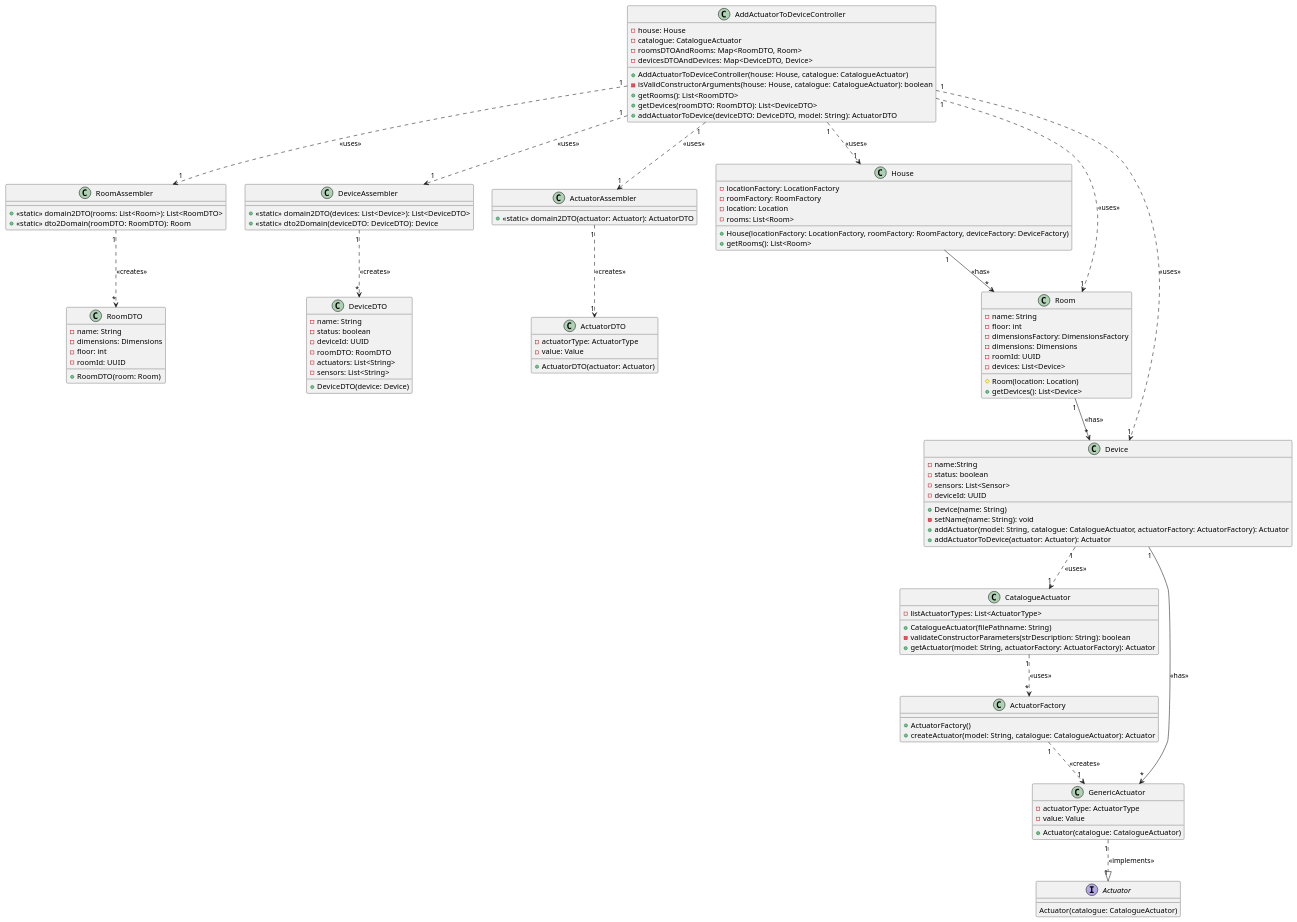
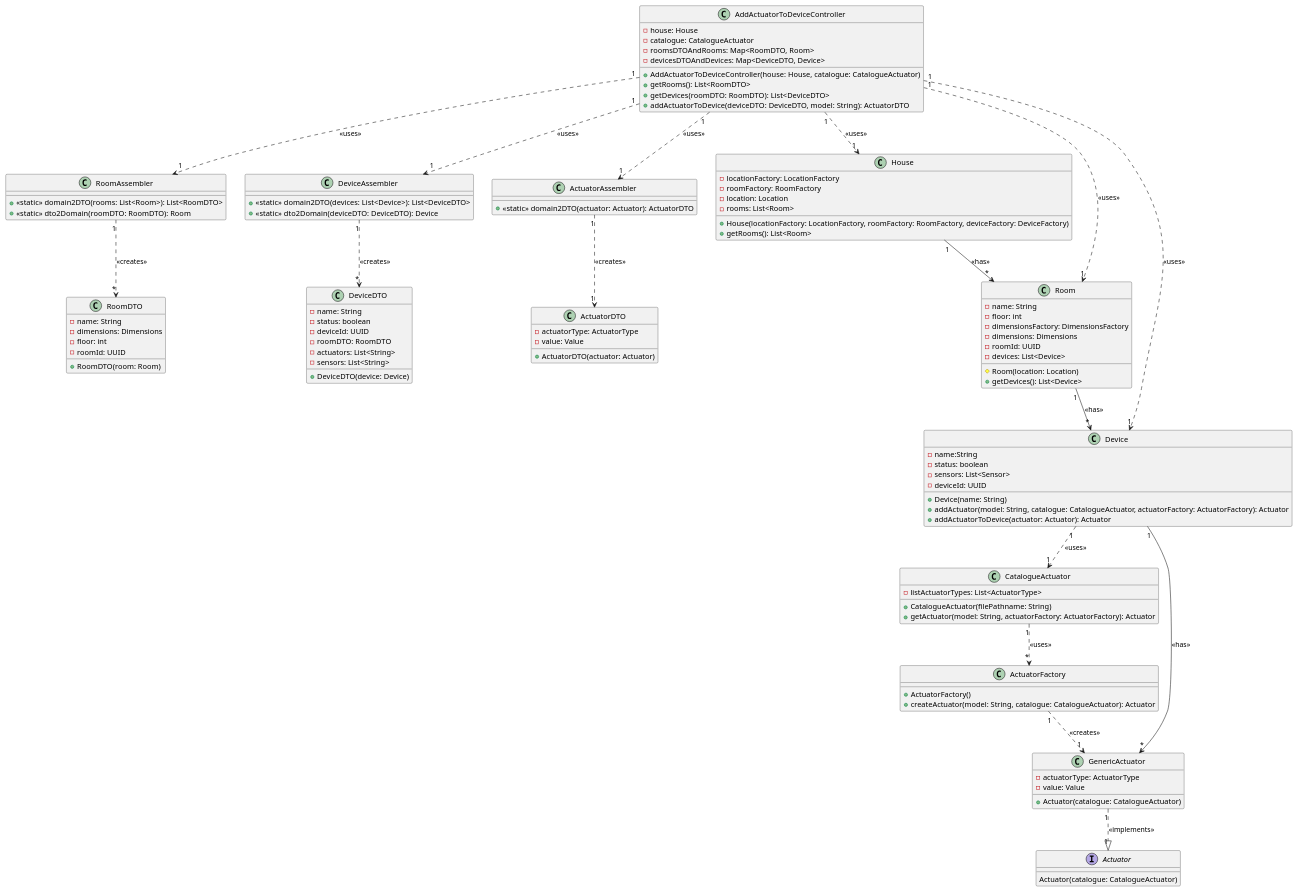
One commit to olivDiogo/SmartHome changed the diagram in docs/userStories/us012/01.requirements-engineering/diagrams/classDiagram.puml. Above: the diagram before and after it, drawn with PlantUML.

Commit message:
#59 Update class diagram for US12

```diff
--- a/docs/userStories/us012/01.requirements-engineering/diagrams/classDiagram.puml
+++ b/docs/userStories/us012/01.requirements-engineering/diagrams/classDiagram.puml
@@ -1,146 +1,143 @@
 @startuml
 'https://plantuml.com/class-diagram
 
 class AddActuatorToDeviceController{
     -house: House
     -catalogue: CatalogueActuator
     -roomsDTOAndRooms: Map<RoomDTO, Room>
     -devicesDTOAndDevices: Map<DeviceDTO, Device>
 
     +AddActuatorToDeviceController(house: House, catalogue: CatalogueActuator)
-    -isValidConstructorArguments(house: House, catalogue: CatalogueActuator): boolean
     +getRooms(): List<RoomDTO>
     +getDevices(roomDTO: RoomDTO): List<DeviceDTO>
     +addActuatorToDevice(deviceDTO: DeviceDTO, model: String): ActuatorDTO
  }
 
 class RoomAssembler{
     +<<static>> domain2DTO(rooms: List<Room>): List<RoomDTO>
     +<<static>> dto2Domain(roomDTO: RoomDTO): Room
 }
 
 class DeviceAssembler{
     +<<static>> domain2DTO(devices: List<Device>): List<DeviceDTO>
     +<<static>> dto2Domain(deviceDTO: DeviceDTO): Device
 }
 
 class ActuatorAssembler{
     +<<static>> domain2DTO(actuator: Actuator): ActuatorDTO
 }
 
 class House{
     -locationFactory: LocationFactory
     -roomFactory: RoomFactory
     -location: Location
     -rooms: List<Room>
 
     +House(locationFactory: LocationFactory, roomFactory: RoomFactory, deviceFactory: DeviceFactory)
     +getRooms(): List<Room>
 }
 
 class Room{
     -name: String
     -floor: int
     -dimensionsFactory: DimensionsFactory
     -dimensions: Dimensions
     -roomId: UUID
     -devices: List<Device>
 
     #Room(location: Location)
     +getDevices(): List<Device>
 }
 
 class Device{
     -name:String
     -status: boolean
     -sensors: List<Sensor>
     -deviceId: UUID
 
     +Device(name: String)
-    -setName(name: String): void
     +addActuator(model: String, catalogue: CatalogueActuator, actuatorFactory: ActuatorFactory): Actuator
     +addActuatorToDevice(actuator: Actuator): Actuator
 }
 
 class CatalogueActuator{
     -listActuatorTypes: List<ActuatorType>
 
     +CatalogueActuator(filePathname: String)
-    -validateConstructorParameters(strDescription: String): boolean
     +getActuator(model: String, actuatorFactory: ActuatorFactory): Actuator
 }
 
 class ActuatorFactory{
     +ActuatorFactory()
     +createActuator(model: String, catalogue: CatalogueActuator): Actuator
 }
 
 class GenericActuator{
     -actuatorType: ActuatorType
     -value: Value
 
     +Actuator(catalogue: CatalogueActuator)
 }
 
 Interface Actuator{
     Actuator(catalogue: CatalogueActuator)
 }
 
 class RoomDTO{
     -name: String
     -dimensions: Dimensions
     -floor: int
     -roomId: UUID
 
     +RoomDTO(room: Room)
 }
 
 class DeviceDTO{
     -name: String
     -status: boolean
     -deviceId: UUID
     -roomDTO: RoomDTO
     -actuators: List<String>
     -sensors: List<String>
 
     +DeviceDTO(device: Device)
 }
 
 class ActuatorDTO{
     -actuatorType: ActuatorType
     -value: Value
 
     +ActuatorDTO(actuator: Actuator)
 }
 
 AddActuatorToDeviceController "1" ..> "1" House: <<uses>>
 AddActuatorToDeviceController "1" ..> "1" Room: <<uses>>
 AddActuatorToDeviceController "1" ..> "1" Device: <<uses>>
 AddActuatorToDeviceController "1" ..> "1" RoomAssembler: <<uses>>
 AddActuatorToDeviceController "1" ..> "1" DeviceAssembler: <<uses>>
 AddActuatorToDeviceController "1" ..> "1" ActuatorAssembler: <<uses>>
 
 RoomAssembler "1" ..> "*" RoomDTO: <<creates>>
 
 DeviceAssembler "1" ..> "*" DeviceDTO: <<creates>>
 
 ActuatorAssembler "1" ..> "1" ActuatorDTO: <<creates>>
 
 ActuatorFactory "1" ..> "1" GenericActuator: <<creates>>
 
 House "1" --> "*" Room: <<has>>
 
 Room "1" --> "*" Device: <<has>>
 
 Device "1" --> "*" GenericActuator: <<has>>
 Device "1" ..> "1" CatalogueActuator: <<uses>>
 
 GenericActuator "1" ..|> "1" Actuator: <<implements>>
 
 CatalogueActuator "1" ..> "*" ActuatorFactory: <<uses>>
 
 
 
 
 
 @enduml
```
